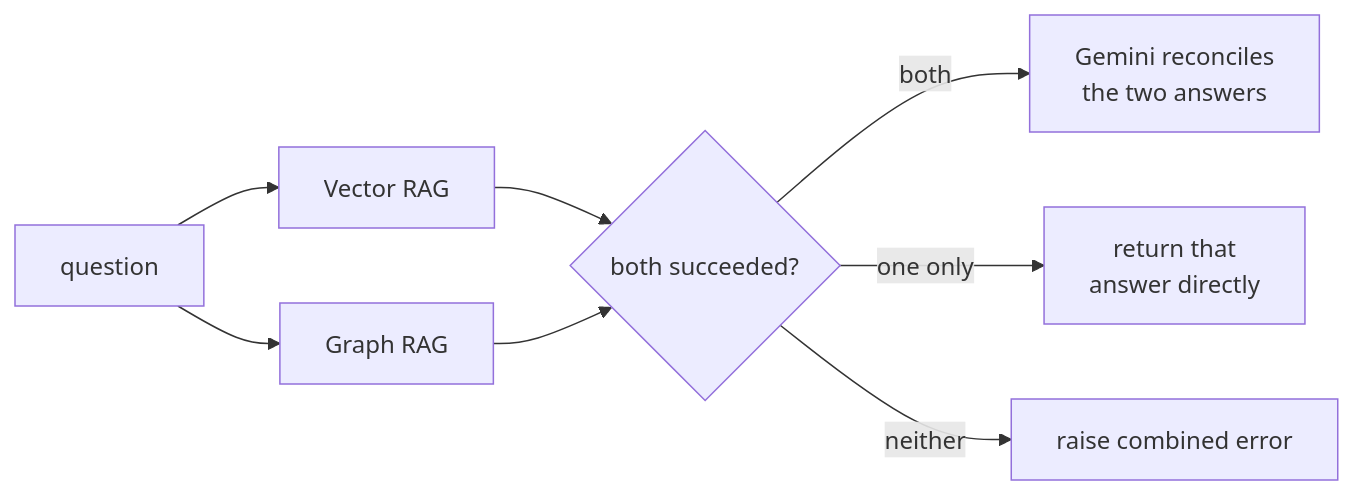
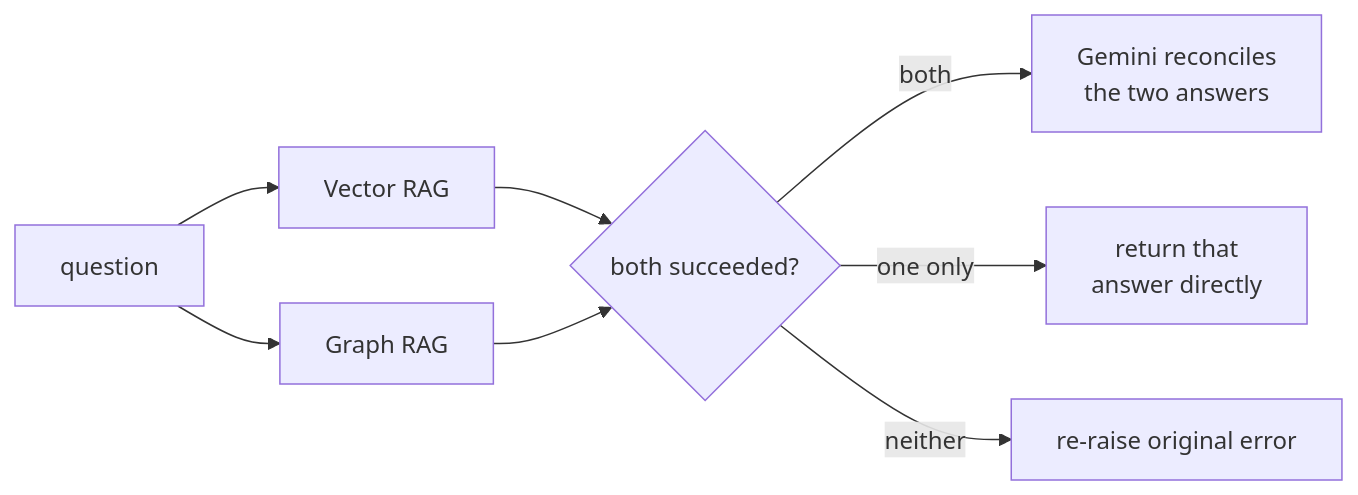
One commit to AbdullahYousaf-13/Hybrid-Vector-Graph-Rag changed the fourth of 4 diagrams in docs/Flow.md. Above: the diagram before and after it, drawn with Mermaid. The commit also changed other lines of this file and 5 other files, not shown here.

````diff
--- a/docs/Flow.md
+++ b/docs/Flow.md
@@ -196,10 +196,10 @@
 ```mermaid
 flowchart LR
     Q[question] --> VR[Vector RAG]
     Q --> GR[Graph RAG]
     VR --> S{both succeeded?}
     GR --> S
     S -->|both| M[Gemini reconciles<br/>the two answers]
     S -->|one only| P[return that<br/>answer directly]
-    S -->|neither| X[raise combined error]
+    S -->|neither| X[re-raise original error]
 ```
````
